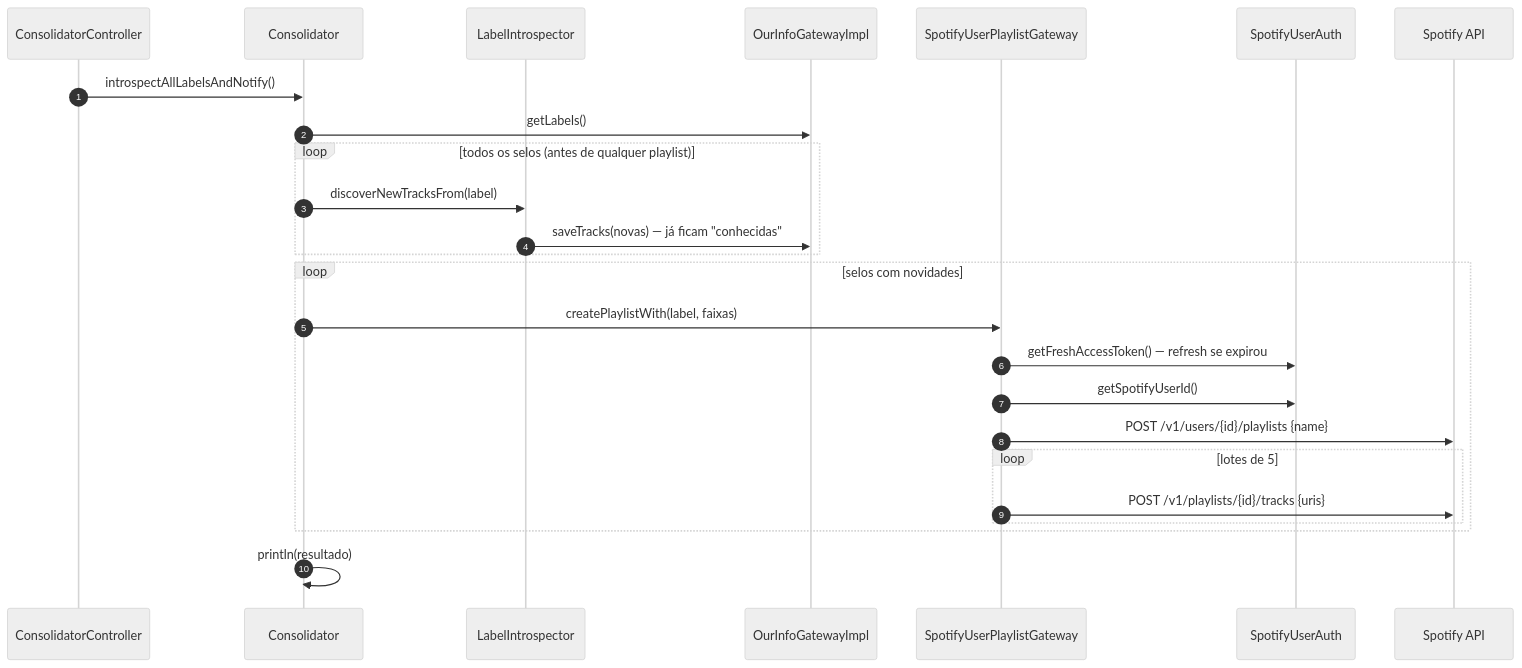
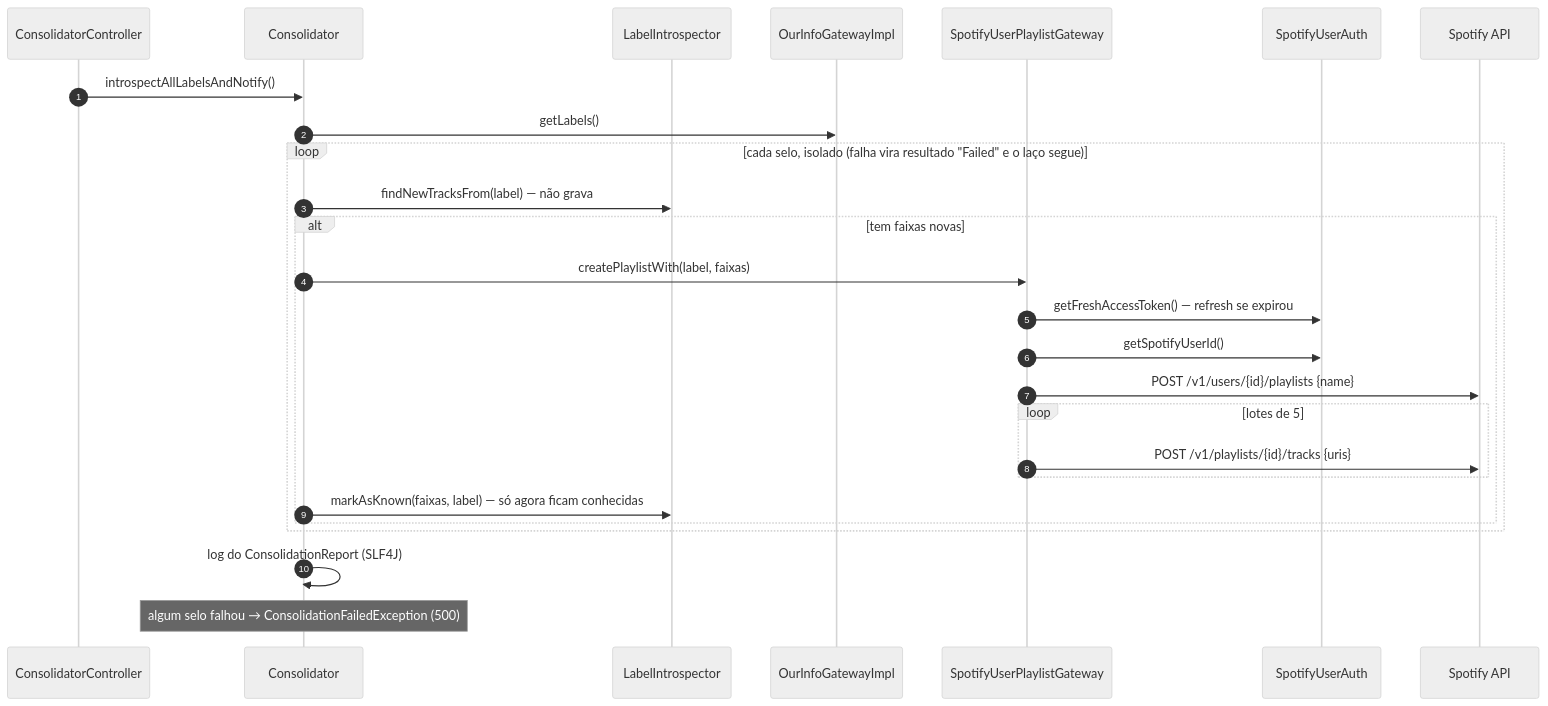
Before and after one commit to luiznaac/label-follower: the sixth of 7 diagrams in docs/tecnico.md, drawn with Mermaid (neutral theme). The commit also changed other lines of this file and 4 other files, not shown here.

````diff
--- a/docs/tecnico.md
+++ b/docs/tecnico.md
@@ -213,28 +215,29 @@
 ```mermaid
 sequenceDiagram
     autonumber
     participant C as ConsolidatorController
     participant CO as Consolidator
     participant LI as LabelIntrospector
     participant DB as OurInfoGatewayImpl
     participant PG as SpotifyUserPlaylistGateway
     participant SUA as SpotifyUserAuth
     participant S as Spotify API
 
     C->>CO: introspectAllLabelsAndNotify()
     CO->>DB: getLabels()
-    loop todos os selos (antes de qualquer playlist)
-        CO->>LI: discoverNewTracksFrom(label)
-        LI->>DB: saveTracks(novas) — já ficam "conhecidas"
-    end
-    loop selos com novidades
-        CO->>PG: createPlaylistWith(label, faixas)
-        PG->>SUA: getFreshAccessToken() — refresh se expirou
-        PG->>SUA: getSpotifyUserId()
-        PG->>S: POST /v1/users/{id}/playlists {name}
-        loop lotes de 5
-            PG->>S: POST /v1/playlists/{id}/tracks {uris}
+    loop cada selo, isolado (falha vira resultado "Failed" e o laço segue)
+        CO->>LI: findNewTracksFrom(label) — não grava
+        alt tem faixas novas
+            CO->>PG: createPlaylistWith(label, faixas)
+            PG->>SUA: getFreshAccessToken() — refresh se expirou
+            PG->>SUA: getSpotifyUserId()
+            PG->>S: POST /v1/users/{id}/playlists {name}
+            loop lotes de 5
+                PG->>S: POST /v1/playlists/{id}/tracks {uris}
+            end
+            CO->>LI: markAsKnown(faixas, label) — só agora ficam conhecidas
         end
     end
-    CO->>CO: println(resultado)
+    CO->>CO: log do ConsolidationReport (SLF4J)
+    Note over CO: algum selo falhou → ConsolidationFailedException (500)
 ```
````
